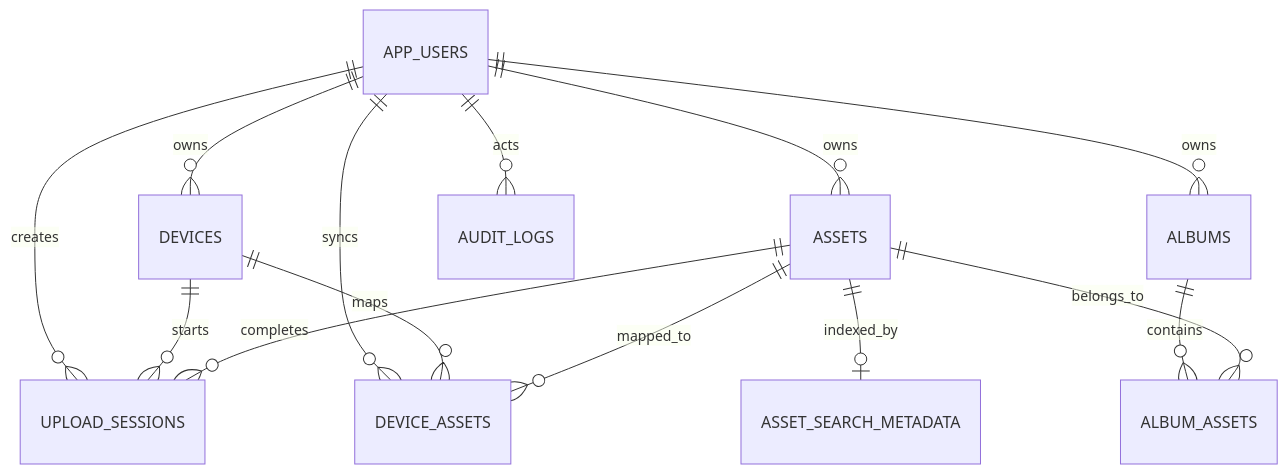
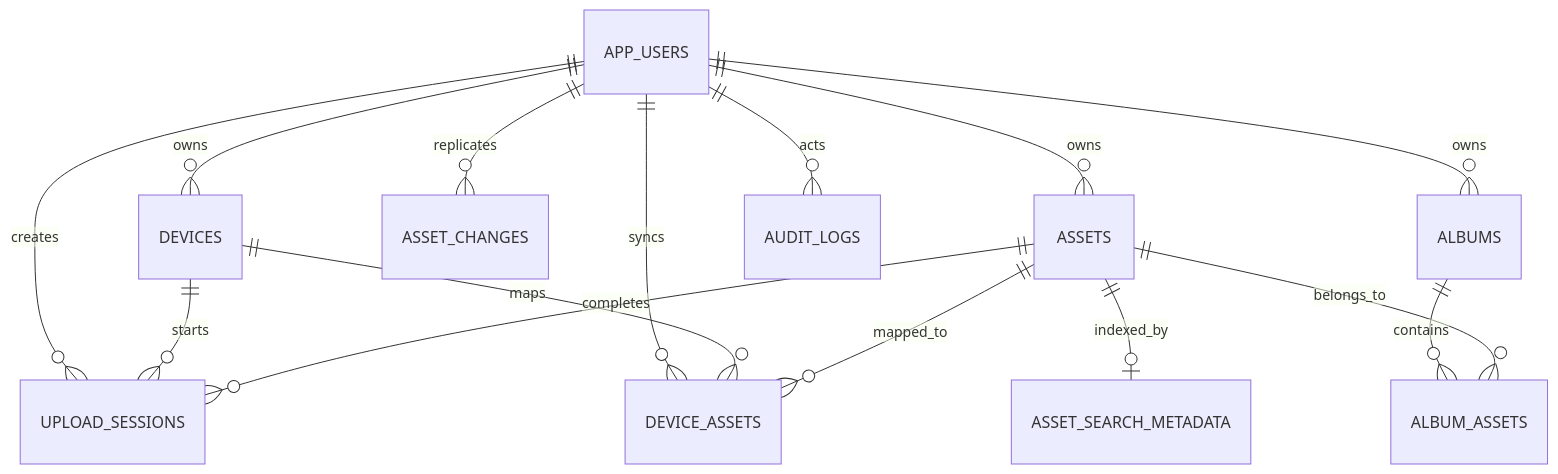
Before and after one commit to ndphu/photo-map: the diagram in docs/02-database-schema.md, drawn with Mermaid. The commit also changed other lines of this file and 79 other files, not shown here.

````diff
--- a/docs/02-database-schema.md
+++ b/docs/02-database-schema.md
@@ -9,16 +9,17 @@
 ```mermaid
 erDiagram
     APP_USERS ||--o{ DEVICES : owns
     APP_USERS ||--o{ ASSETS : owns
+    APP_USERS ||--o{ ASSET_CHANGES : replicates
     APP_USERS ||--o{ UPLOAD_SESSIONS : creates
     APP_USERS ||--o{ DEVICE_ASSETS : syncs
     APP_USERS ||--o{ ALBUMS : owns
     DEVICES ||--o{ UPLOAD_SESSIONS : starts
     DEVICES ||--o{ DEVICE_ASSETS : maps
     ASSETS ||--o{ DEVICE_ASSETS : mapped_to
     ASSETS ||--o{ UPLOAD_SESSIONS : completes
     ASSETS ||--o| ASSET_SEARCH_METADATA : indexed_by
     ALBUMS ||--o{ ALBUM_ASSETS : contains
     ASSETS ||--o{ ALBUM_ASSETS : belongs_to
     APP_USERS ||--o{ AUDIT_LOGS : acts
 ```
````
